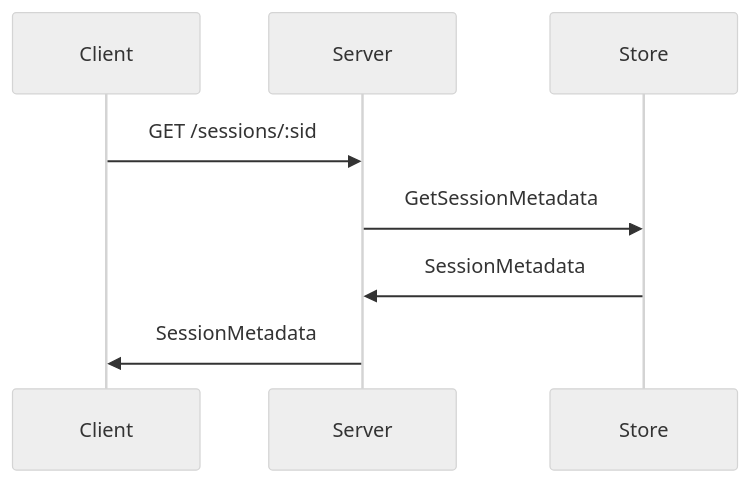
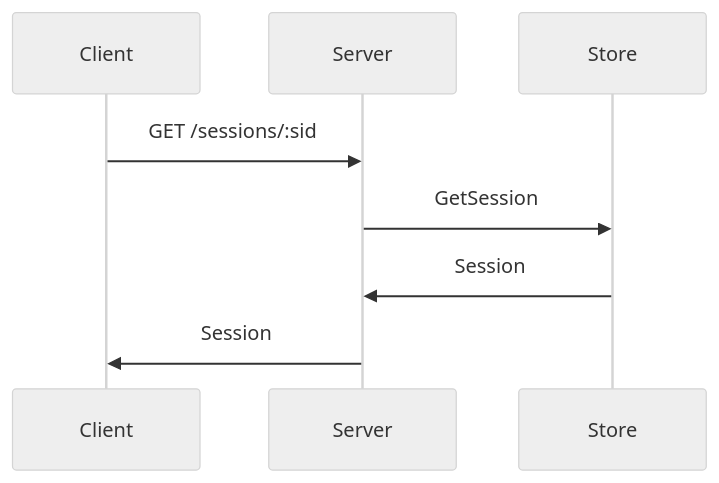
Before and after one commit to lafeingcrokodil/flashcards: the second of 7 diagrams in README.md, drawn with Mermaid (neutral theme). The commit also changed other lines of this file and 7 other files, not shown here.

Commit message:
Rename SessionMetadata to Session

````diff
--- a/README.md
+++ b/README.md
@@ -81,11 +81,11 @@
 ```mermaid
 sequenceDiagram
     participant Client
     participant Server
     participant Store
 
     Client->>Server: GET /sessions/:sid
-    Server->>Store: GetSessionMetadata
-    Store->>Server: SessionMetadata
-    Server->>Client: SessionMetadata
+    Server->>Store: GetSession
+    Store->>Server: Session
+    Server->>Client: Session
 ```
````
